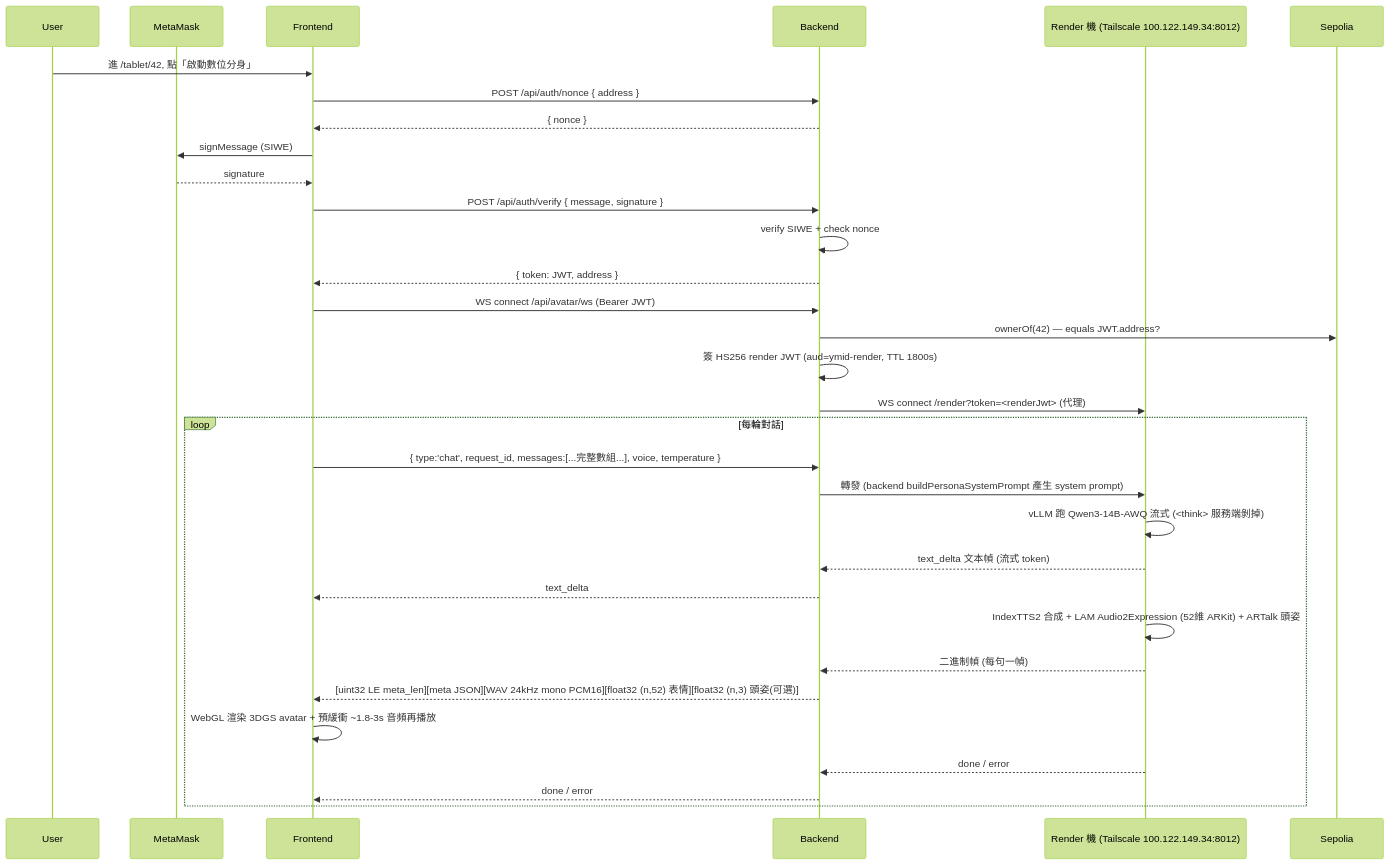
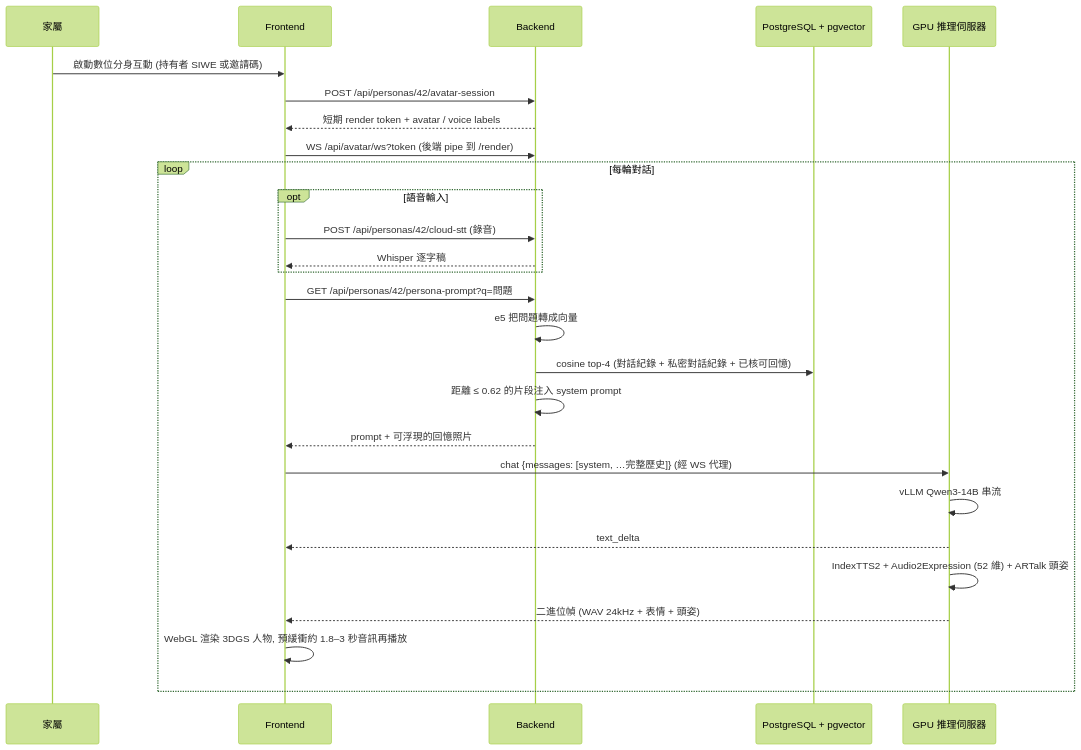
The fifth of 6 diagrams in docs/data-flow.md (frank931023/Your-Mama-IsDead), drawn with Mermaid (forest theme) before and after one commit. The commit also changed other lines of this file and 196 other files, not shown here.

````diff
--- a/docs/data-flow.md
+++ b/docs/data-flow.md
@@ -135,37 +164,31 @@
 ```mermaid
 sequenceDiagram
-    participant U as User
-    participant W as MetaMask
+    participant U as 家屬
     participant FE as Frontend
     participant BE as Backend
-    participant R as Render 機 (Tailscale 100.122.149.34:8012)
-    participant C as Sepolia
+    participant DB as PostgreSQL + pgvector
+    participant R as GPU 推理伺服器
 
-    U->>FE: 進 /tablet/42, 點「啟動數位分身」
-    FE->>BE: POST /api/auth/nonce { address }
-    BE-->>FE: { nonce }
-    FE->>W: signMessage (SIWE)
-    W-->>FE: signature
-    FE->>BE: POST /api/auth/verify { message, signature }
-    BE->>BE: verify SIWE + check nonce
-    BE-->>FE: { token: JWT, address }
-
-    FE->>BE: WS connect /api/avatar/ws (Bearer JWT)
-    BE->>C: ownerOf(42) — equals JWT.address?
-    BE->>BE: 簽 HS256 render JWT (aud=ymid-render, TTL 1800s)
-    BE->>R: WS connect /render?token=<renderJwt> (代理)
+    U->>FE: 啟動數位分身互動 (持有者 SIWE 或邀請碼)
+    FE->>BE: POST /api/personas/42/avatar-session
+    BE-->>FE: 短期 render token + avatar / voice labels
+    FE->>BE: WS /api/avatar/ws?token (後端 pipe 到 /render)
 
     loop 每輪對話
-        FE->>BE: { type:'chat', request_id, messages:[...完整數組...], voice, temperature }
-        BE->>R: 轉發 (backend buildPersonaSystemPrompt 產生 system prompt)
-        R->>R: vLLM 跑 Qwen3-14B-AWQ 流式 (<think> 服務端剝掉)
-        R-->>BE: text_delta 文本幀 (流式 token)
-        BE-->>FE: text_delta
-        R->>R: IndexTTS2 合成 + LAM Audio2Expression (52維 ARKit) + ARTalk 頭姿
-        R-->>BE: 二進制幀 (每句一幀)
-        BE-->>FE: [uint32 LE meta_len][meta JSON][WAV 24kHz mono PCM16][float32 (n,52) 表情][float32 (n,3) 頭姿(可選)]
-        FE->>FE: WebGL 渲染 3DGS avatar + 預緩衝 ~1.8-3s 音頻再播放
-        R-->>BE: done / error
-        BE-->>FE: done / error
+        opt 語音輸入
+            FE->>BE: POST /api/personas/42/cloud-stt (錄音)
+            BE-->>FE: Whisper 逐字稿
+        end
+        FE->>BE: GET /api/personas/42/persona-prompt?q=問題
+        BE->>BE: e5 把問題轉成向量
+        BE->>DB: cosine top-4 (對話紀錄 + 私密對話紀錄 + 已核可回憶)
+        BE->>BE: 距離 ≤ 0.62 的片段注入 system prompt
+        BE-->>FE: prompt + 可浮現的回憶照片
+        FE->>R: chat {messages: [system, …完整歷史]} (經 WS 代理)
+        R->>R: vLLM Qwen3-14B 串流
+        R-->>FE: text_delta
+        R->>R: IndexTTS2 + Audio2Expression (52 維) + ARTalk 頭姿
+        R-->>FE: 二進位幀 (WAV 24kHz + 表情 + 頭姿)
+        FE->>FE: WebGL 渲染 3DGS 人物, 預緩衝約 1.8–3 秒音訊再播放
     end
 ```
````
